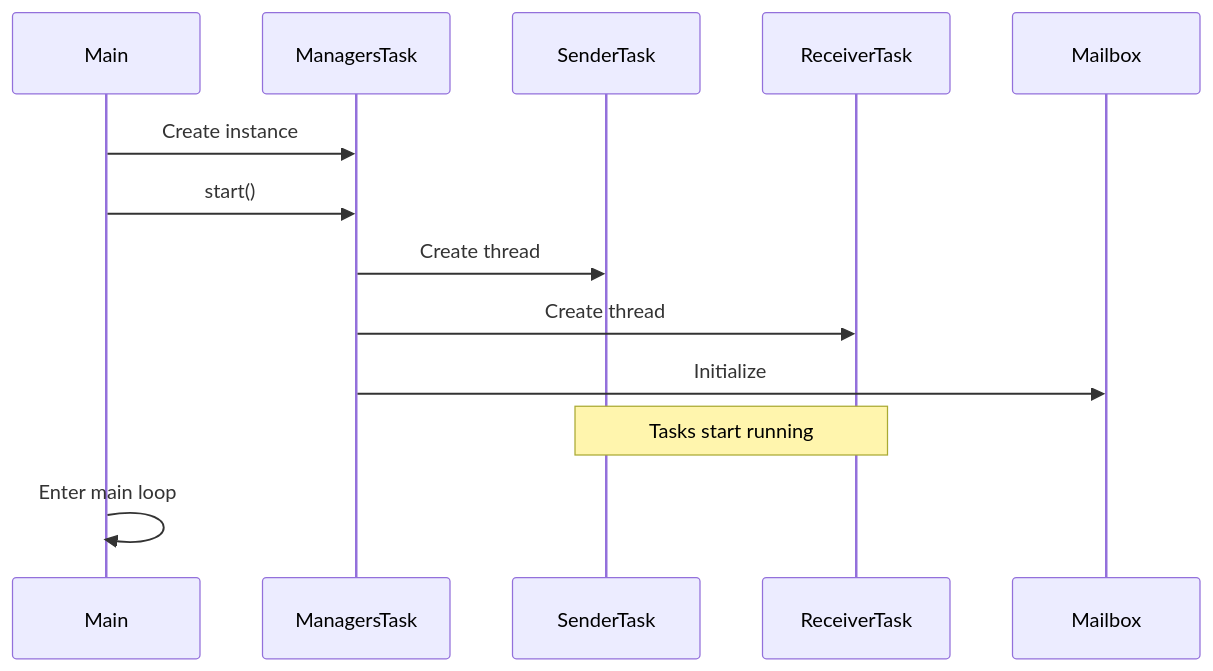
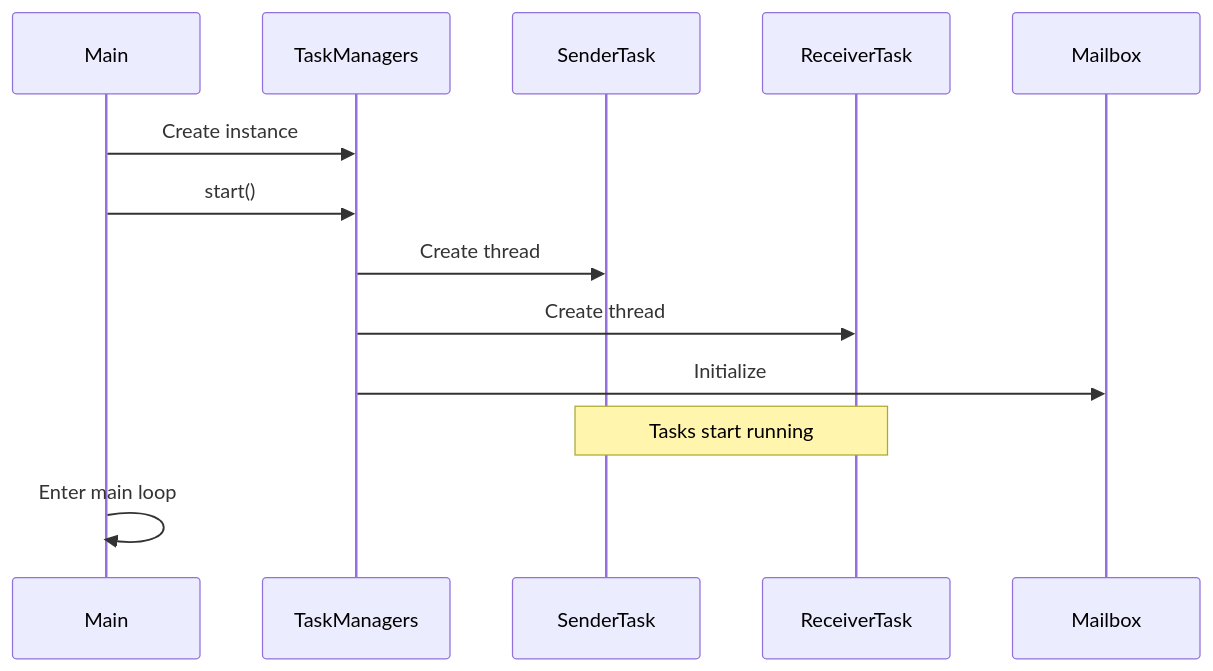
The first of 3 diagrams in docs/ARCHITECTURE.md (VietQuangUTC2/iCamera), drawn with Mermaid before and after one commit. The commit also changed other lines of this file and 17 other files, not shown here.

Commit message:
create task mqtt and connected to thingsboard

````diff
--- a/docs/ARCHITECTURE.md
+++ b/docs/ARCHITECTURE.md
@@ -121,16 +121,16 @@
 ```mermaid
 sequenceDiagram
     participant Main
-    participant ManagersTask
+    participant TaskManagers
     participant SenderTask
     participant ReceiverTask
     participant Mailbox
 
-    Main->>ManagersTask: Create instance
-    Main->>ManagersTask: start()
-    ManagersTask->>SenderTask: Create thread
-    ManagersTask->>ReceiverTask: Create thread
-    ManagersTask->>Mailbox: Initialize
+    Main->>TaskManagers: Create instance
+    Main->>TaskManagers: start()
+    TaskManagers->>SenderTask: Create thread
+    TaskManagers->>ReceiverTask: Create thread
+    TaskManagers->>Mailbox: Initialize
     Note over SenderTask,ReceiverTask: Tasks start running
     Main->>Main: Enter main loop
 ```
````
